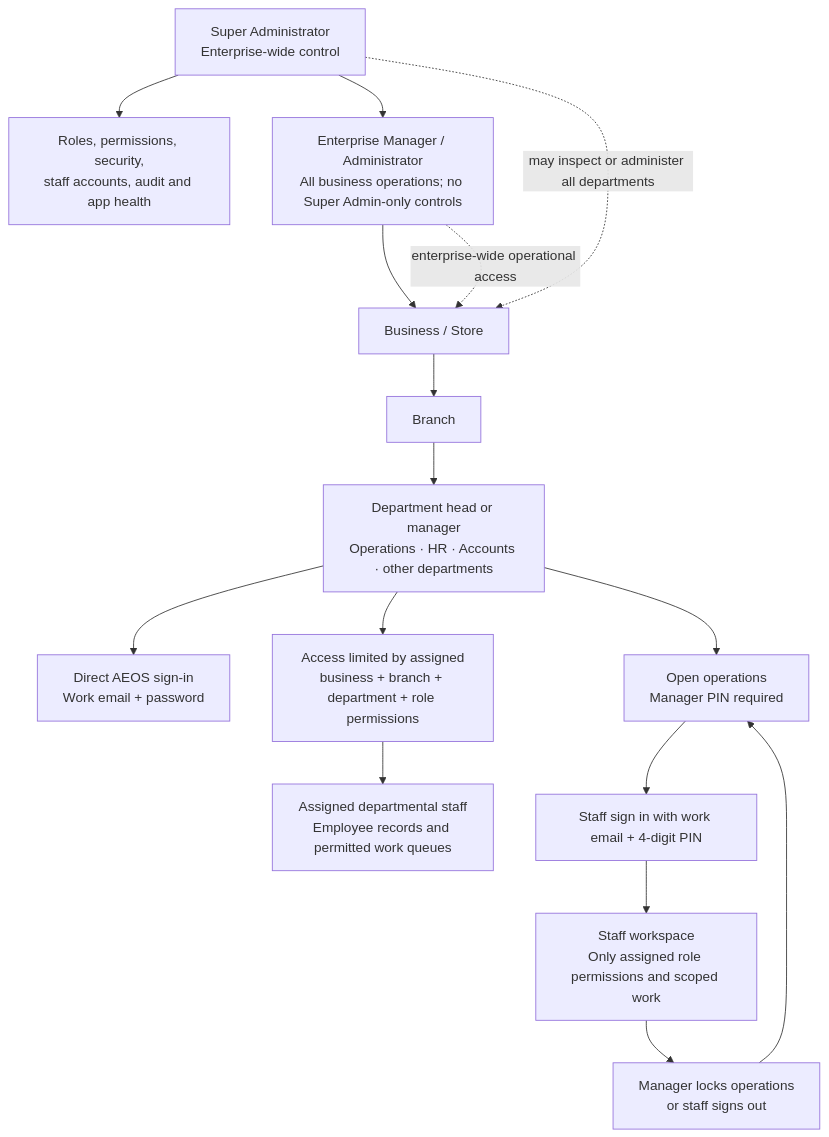
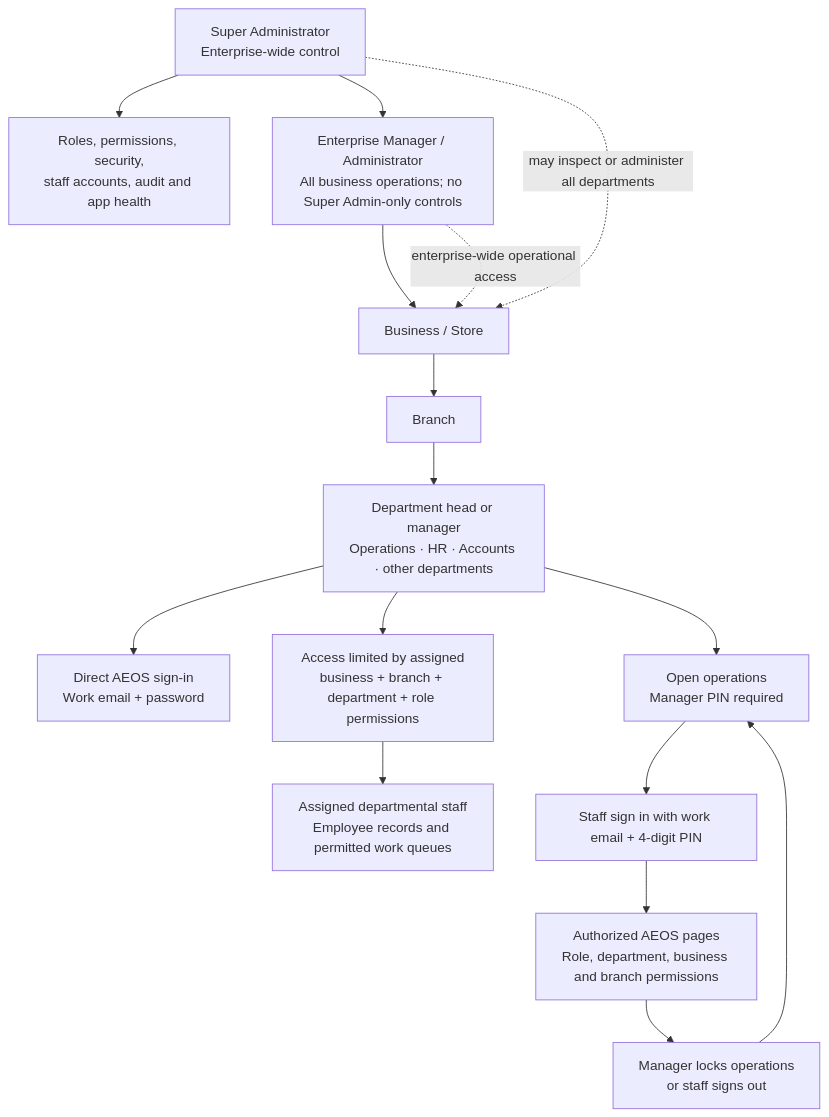
Before and after one commit to alessandrosenterprises-debug/aenterprises: the first of 4 diagrams in docs/AEOS_Management_and_Customer_Map.md, drawn with Mermaid. The commit also changed other lines of this file and 70 other files, not shown here.

````diff
--- a/docs/AEOS_Management_and_Customer_Map.md
+++ b/docs/AEOS_Management_and_Customer_Map.md
@@ -122,18 +122,18 @@
 ```mermaid
 flowchart TD
     SA[Super Administrator<br/>Enterprise-wide control] --> GOV[Roles, permissions, security,<br/>staff accounts, audit and app health]
     SA --> EM[Enterprise Manager / Administrator<br/>All business operations; no Super Admin-only controls]
     EM --> BIZ[Business / Store]
     BIZ --> BR[Branch]
     BR --> DH[Department head or manager<br/>Operations · HR · Accounts · other departments]
     DH --> ACCESS[Direct AEOS sign-in<br/>Work email + password]
     DH --> SCOPE[Access limited by assigned<br/>business + branch + department + role permissions]
     SCOPE --> TEAM[Assigned departmental staff<br/>Employee records and permitted work queues]
     DH --> OPEN[Open operations<br/>Manager PIN required]
     OPEN --> PIN[Staff sign in with work email + 4-digit PIN]
-    PIN --> STAFF[Staff workspace<br/>Only assigned role permissions and scoped work]
+    PIN --> STAFF[Authorized AEOS pages<br/>Role, department, business and branch permissions]
     STAFF --> LOCK[Manager locks operations<br/>or staff signs out]
     LOCK --> OPEN
     SA -. may inspect or administer all departments .-> BIZ
     EM -. enterprise-wide operational access .-> BIZ
 ```
````
